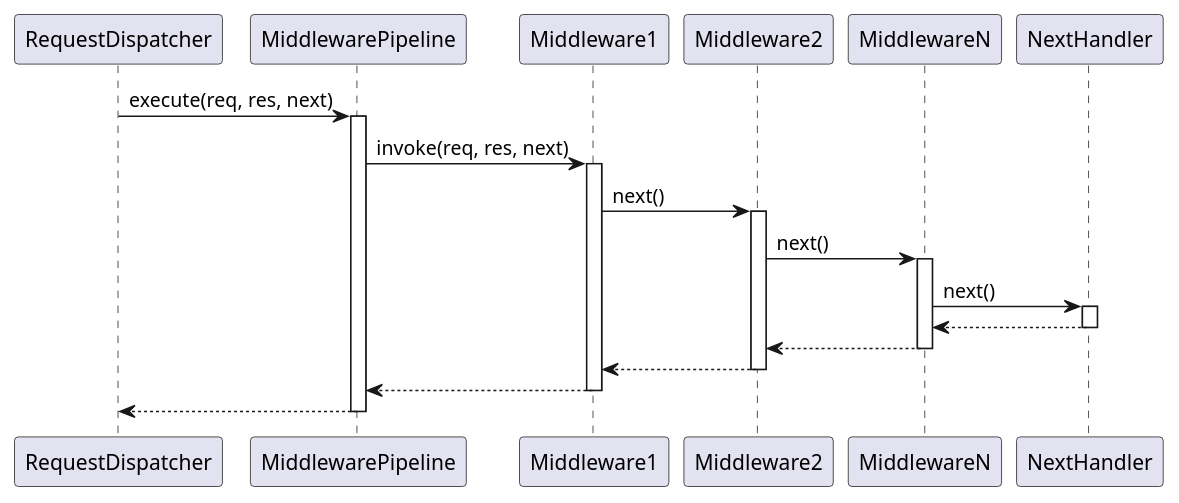
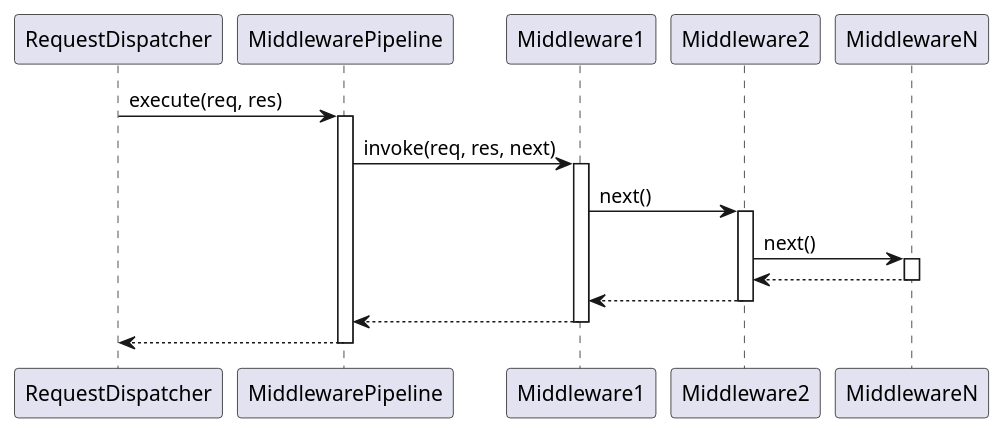
Before and after one commit to Ali-Wael-Hassan/duck-node-router: the diagram in docs/sequence diagrams/MiddlewarePipeline-Sequence.puml, drawn with PlantUML. The commit also changed 8 other files, not shown here.

Commit message:
Implemented RequestDispatcher, and Router. Updated: README, Class Diagram, and Sequence Diagrams so that it match the new design and progress

```diff
--- a/docs/sequence diagrams/MiddlewarePipeline-Sequence.puml
+++ b/docs/sequence diagrams/MiddlewarePipeline-Sequence.puml
@@ -1,41 +1,34 @@
 @startuml Middleware
 
 participant RequestDispatcher
 participant MiddlewarePipeline
 participant Middleware1
 participant Middleware2
 participant MiddlewareN
-participant NextHandler
 
-RequestDispatcher -> MiddlewarePipeline : execute(req, res, next)
+RequestDispatcher -> MiddlewarePipeline : execute(req, res)
 
 activate MiddlewarePipeline
 
 MiddlewarePipeline -> Middleware1 : invoke(req, res, next)
 activate Middleware1
 
 Middleware1 -> Middleware2 : next()
 activate Middleware2
 
 Middleware2 -> MiddlewareN : next()
 activate MiddlewareN
-
-MiddlewareN -> NextHandler : next()
-activate NextHandler
-
-NextHandler --> MiddlewareN
-deactivate NextHandler
 
 MiddlewareN --> Middleware2
 deactivate MiddlewareN
 
 Middleware2 --> Middleware1
 deactivate Middleware2
 
 Middleware1 --> MiddlewarePipeline
 deactivate Middleware1
 
 MiddlewarePipeline --> RequestDispatcher
 deactivate MiddlewarePipeline
 
 @enduml
```
